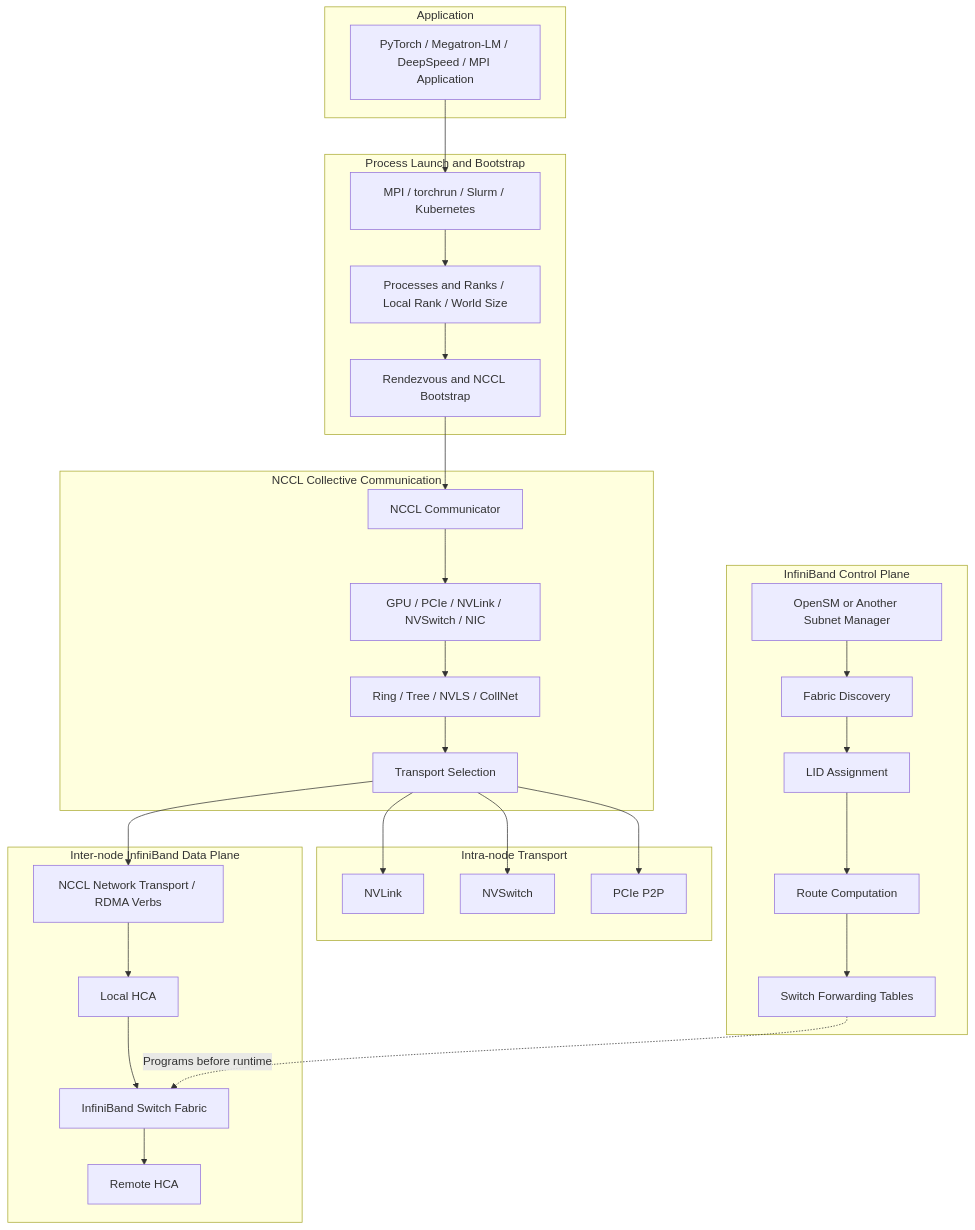
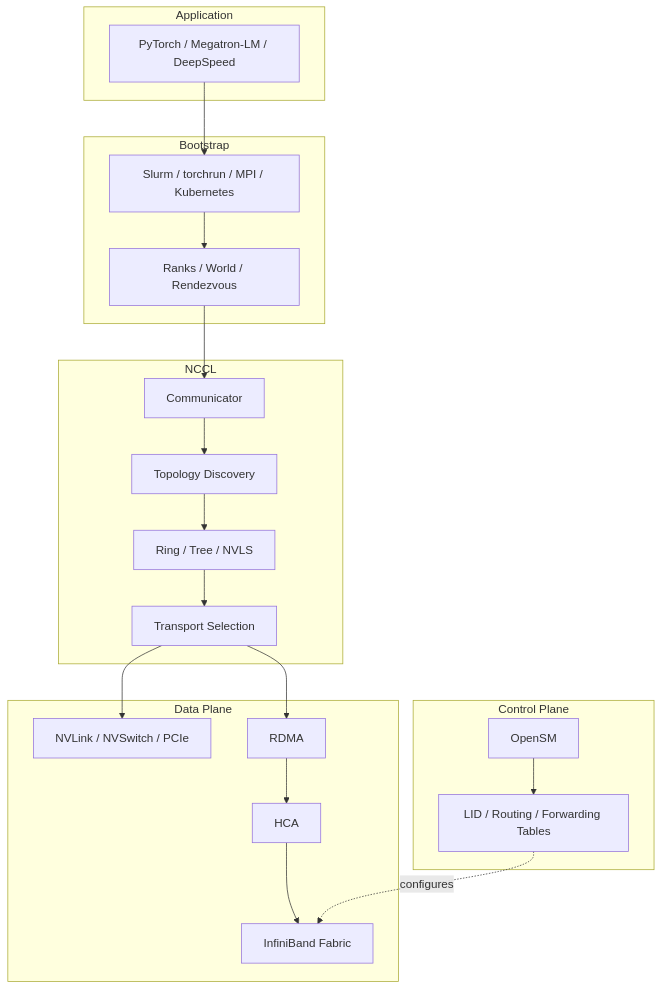
One commit to hdimmfh/hdimmfh.github.io changed the first of 2 diagrams in _posts/2026-07-14-MPI_OpenSM.md. Above: the diagram before and after it, drawn with Mermaid. The commit also changed other lines of this file and 1 other file, not shown here.

````diff
--- a/_posts/2026-07-14-MPI_OpenSM.md
+++ b/_posts/2026-07-14-MPI_OpenSM.md
@@ -20,46 +20,41 @@
 ```mermaid
 flowchart TB
-    subgraph APPLICATION["Application"]
-        APP["PyTorch / Megatron-LM / DeepSpeed / MPI Application"]
+
+    subgraph APP["Application"]
+        APP1["PyTorch / Megatron-LM / DeepSpeed"]
     end
-    subgraph BOOTSTRAP["Process Launch and Bootstrap"]
-        LAUNCHER["MPI / torchrun / Slurm / Kubernetes"]
-        WORLD["Processes and Ranks / Local Rank / World Size"]
-        RENDEZVOUS["Rendezvous and NCCL Bootstrap"]
-        LAUNCHER --> WORLD --> RENDEZVOUS
+
+    subgraph BOOT["Bootstrap"]
+        L["Slurm / torchrun / MPI / Kubernetes"]
+        R["Ranks / World / Rendezvous"]
+        L --> R
     end
-    subgraph NCCL_LAYER["NCCL Collective Communication"]
-        COMM["NCCL Communicator"]
-        DISCOVERY["GPU / PCIe / NVLink / NVSwitch / NIC"]
-        ALGORITHM["Ring / Tree / NVLS / CollNet"]
-        TRANSPORT["Transport Selection"]
-        COMM --> DISCOVERY --> ALGORITHM --> TRANSPORT
+
+    subgraph NCCL["NCCL"]
+        C["Communicator"]
+        D["Topology Discovery"]
+        A["Ring / Tree / NVLS"]
+        T["Transport Selection"]
+        C --> D --> A --> T
     end
-    subgraph LOCAL_PATH["Intra-node Transport"]
-        NVLINK["NVLink"]
-        NVSWITCH["NVSwitch"]
-        PCIE["PCIe P2P"]
+
+    subgraph DATA["Data Plane"]
+        LOCAL["NVLink / NVSwitch / PCIe"]
+        RDMA["RDMA"]
+        HCA["HCA"]
+        FABRIC["InfiniBand Fabric"]
+        RDMA --> HCA --> FABRIC
     end
-    subgraph IB_LAYER["Inter-node InfiniBand Data Plane"]
-        RDMA["NCCL Network Transport / RDMA Verbs"]
-        LHCA["Local HCA"]
-        SWITCH["InfiniBand Switch Fabric"]
-        RHCA["Remote HCA"]
-        RDMA --> LHCA --> SWITCH --> RHCA
+
+    subgraph CONTROL["Control Plane"]
+        SM["OpenSM"]
+        ROUTE["LID / Routing / Forwarding Tables"]
+        SM --> ROUTE
     end
-    subgraph OPENSM_LAYER["InfiniBand Control Plane"]
-        OPENSM["OpenSM or Another Subnet Manager"]
-        FABRIC["Fabric Discovery"]
-        LID["LID Assignment"]
-        ROUTING["Route Computation"]
-        FWD["Switch Forwarding Tables"]
-        OPENSM --> FABRIC --> LID --> ROUTING --> FWD
-    end
-    APP --> LAUNCHER
-    RENDEZVOUS --> COMM
-    TRANSPORT --> NVLINK
-    TRANSPORT --> NVSWITCH
-    TRANSPORT --> PCIE
-    TRANSPORT --> RDMA
-    FWD -. "Programs before runtime" .-> SWITCH
+
+    APP1 --> L
+    R --> C
+    T --> LOCAL
+    T --> RDMA
+    ROUTE -. configures .-> FABRIC
 ```
````
